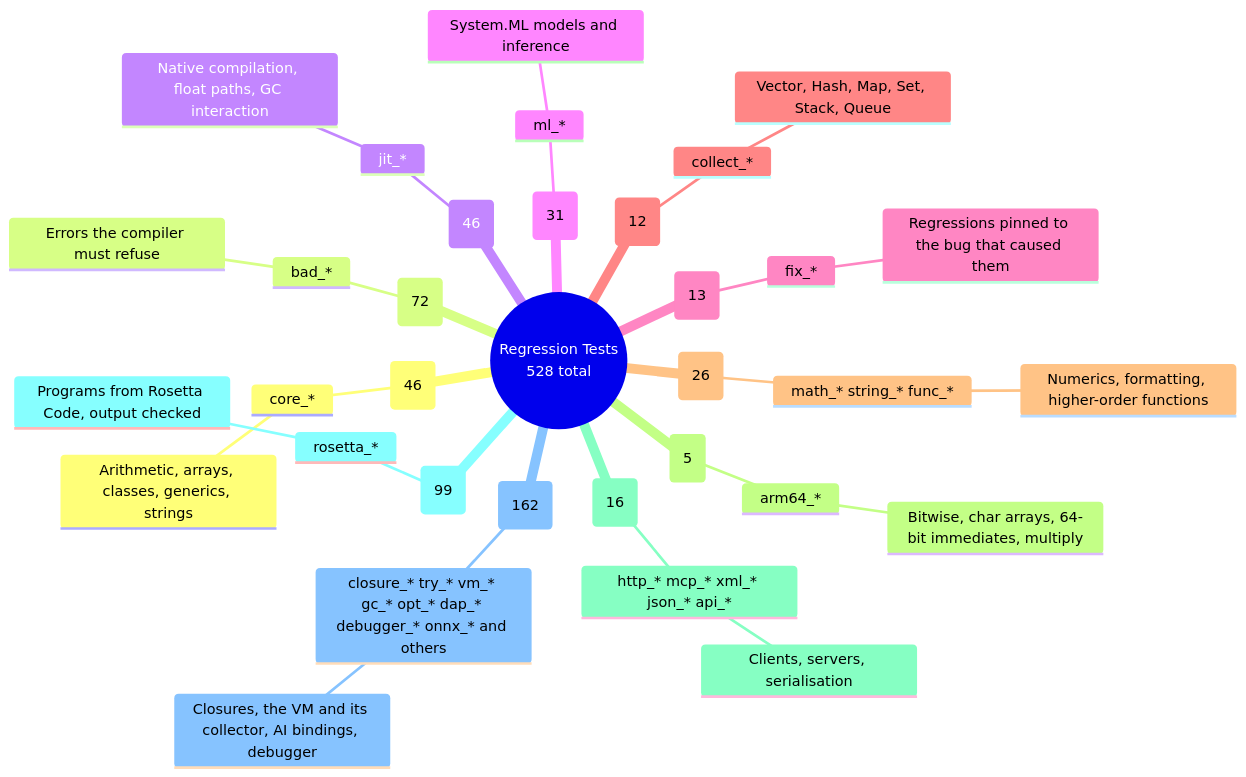
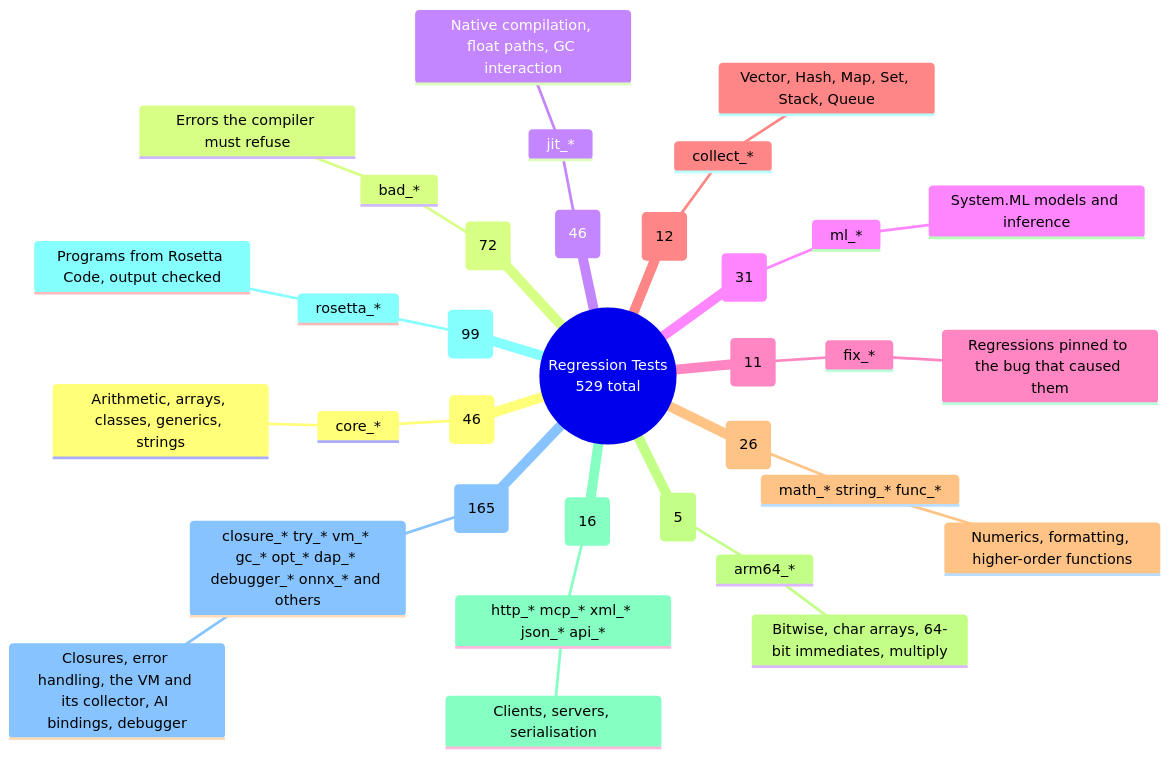
Before and after one commit to objeck/objeck-lang: diagram 17 of 24 in docs/architecture.md, drawn with Mermaid. The commit also changed other lines of this file and 35 other files, not shown here.

First line of the commit message:
chore: remove unused docs and assets; bring architecture.md up to date

````diff
--- a/docs/architecture.md
+++ b/docs/architecture.md
@@ -943,38 +887,38 @@
 ```mermaid
 mindmap
     root((Regression Tests
-    528 total))
+    529 total))
         Language core (46)
             core_*
                 Arithmetic, arrays, classes, generics, strings
         Rejected programs (72)
             bad_*
                 Errors the compiler must refuse
         JIT (46)
             jit_*
                 Native compilation, float paths, GC interaction
         Machine learning (31)
             ml_*
                 System.ML models and inference
-        Fixed defects (13)
+        Fixed defects (11)
             fix_*
                 Regressions pinned to the bug that caused them
         Collections (12)
             collect_*
                 Vector, Hash, Map, Set, Stack, Queue
         Math and strings (26)
             math_* string_* func_*
                 Numerics, formatting, higher-order functions
         ARM64 specific (5)
             arm64_*
                 Bitwise, char arrays, 64-bit immediates, multiply
         Networking and web (16)
             http_* mcp_* xml_* json_* api_*
                 Clients, servers, serialisation
         Rosetta Code tasks (99)
             rosetta_*
                 Programs from Rosetta Code, output checked
-        Remainder (162)
+        Remainder (165)
             closure_* try_* vm_* gc_* opt_* dap_* debugger_* onnx_* and others
-                Closures, the VM and its collector, AI bindings, debugger
+                Closures, error handling, the VM and its collector, AI bindings, debugger
 ```
````
